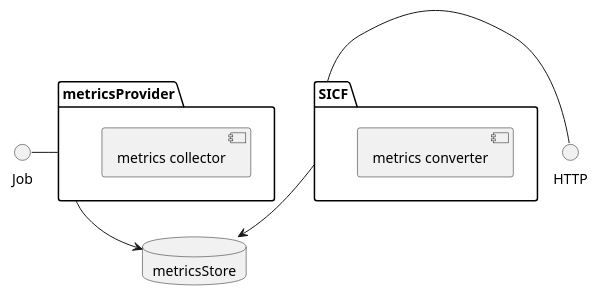
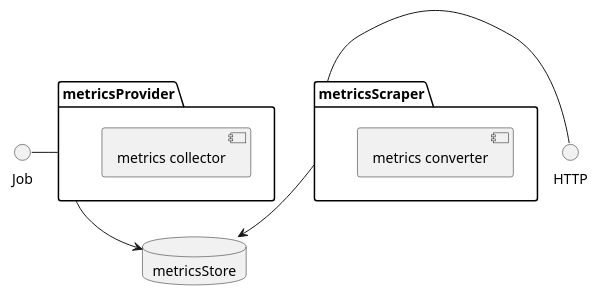
One commit to abap-observability-tools/abap-metrics-provider changed the diagram in architecture/architecture_component.plantuml. Above: the diagram before and after it, drawn with PlantUML. The commit also changed 1 other file, not shown here.

Commit message:
uml metricsScraper

```diff
--- a/architecture/architecture_component.plantuml
+++ b/architecture/architecture_component.plantuml
@@ -1,18 +1,18 @@
 @startuml component_diagram
 
 Job - metricsProvider
-HTTP - SICF
+HTTP - metricsScraper
 metricsProvider --> metricsStore
-SICF --> metricsStore 
+metricsScraper --> metricsStore 
 package "metricsProvider" {
   [metrics collector] 
 }
 
-package "SICF" {
+package "metricsScraper" {
   [metrics converter]
 }
 
 database "metricsStore" { 
 
 }
 @enduml
```
